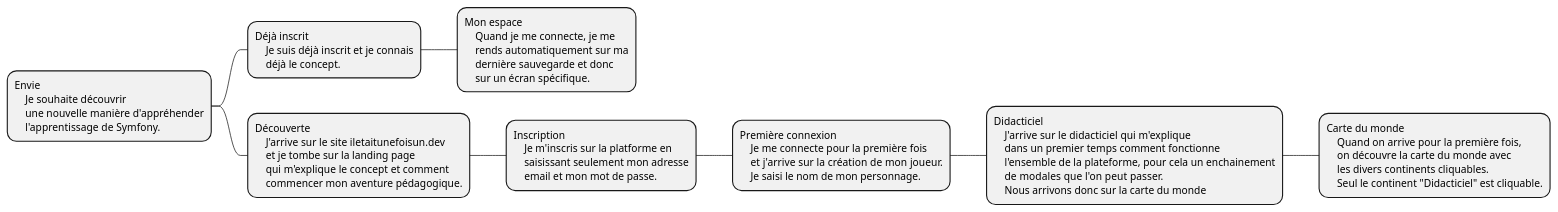
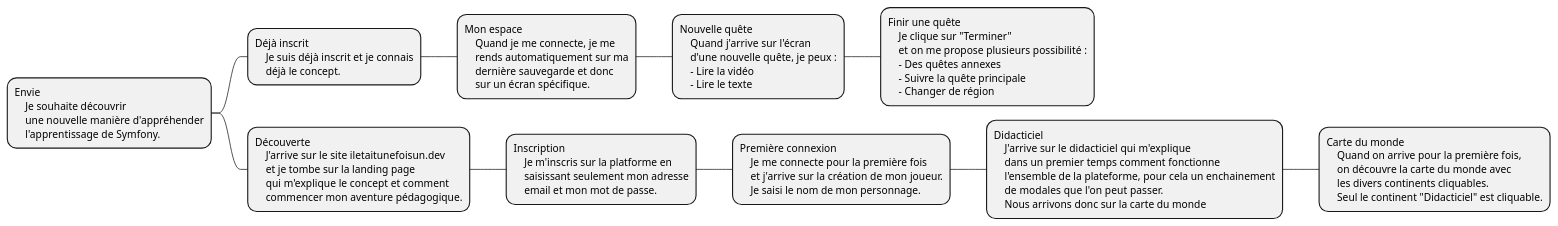
Before and after one commit to TBoileau/iletaitunefoisundev: the diagram in docs/ux.puml, drawn with PlantUML.

Commit message:
docs: finish UX

```diff
--- a/docs/ux.puml
+++ b/docs/ux.puml
@@ -1,47 +1,60 @@
 @startmindmap
 
 *:Envie
     Je souhaite découvrir
     une nouvelle manière d'appréhender
     l'apprentissage de Symfony.;
 
 **:Déjà inscrit
     Je suis déjà inscrit et je connais
     déjà le concept.;
 
 ***:Mon espace
     Quand je me connecte, je me
     rends automatiquement sur ma
     dernière sauvegarde et donc
     sur un écran spécifique.;
+
+****:Nouvelle quête
+    Quand j'arrive sur l'écran
+    d'une nouvelle quête, je peux :
+    - Lire la vidéo
+    - Lire le texte;
+
+*****:Finir une quête
+    Je clique sur "Terminer"
+    et on me propose plusieurs possibilité :
+    - Des quêtes annexes
+    - Suivre la quête principale
+    - Changer de région;
 
 **:Découverte
     J'arrive sur le site iletaitunefoisun.dev
     et je tombe sur la landing page
     qui m'explique le concept et comment
     commencer mon aventure pédagogique.;
 
 ***:Inscription
     Je m'inscris sur la platforme en
     saisissant seulement mon adresse
     email et mon mot de passe.;
 
 ****:Première connexion
     Je me connecte pour la première fois
     et j'arrive sur la création de mon joueur.
     Je saisi le nom de mon personnage.;
 
 *****:Didacticiel
     J'arrive sur le didacticiel qui m'explique
     dans un premier temps comment fonctionne
     l'ensemble de la plateforme, pour cela un enchainement
     de modales que l'on peut passer.
     Nous arrivons donc sur la carte du monde;
 
 ******:Carte du monde
     Quand on arrive pour la première fois,
     on découvre la carte du monde avec
     les divers continents cliquables.
     Seul le continent "Didacticiel" est cliquable.;
 
 @endmindmap
```
